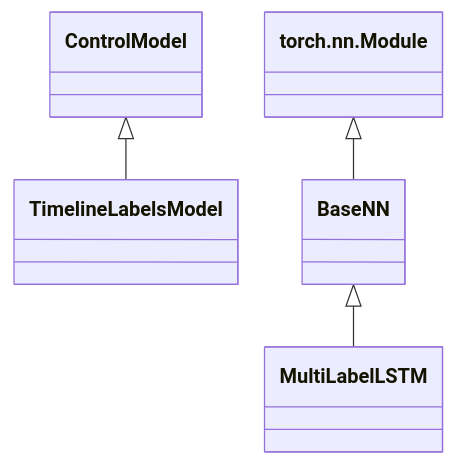
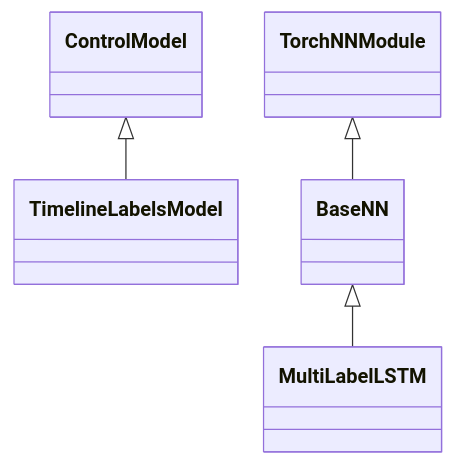
One commit to HumanSignal/label-studio-ml-backend changed the first of 3 diagrams in label_studio_ml/examples/yolo/README_TIMELINE_LABELS.md. Above: the diagram before and after it, drawn with Mermaid. The commit also changed other lines of this file, not shown here.

````diff
--- a/label_studio_ml/examples/yolo/README_TIMELINE_LABELS.md
+++ b/label_studio_ml/examples/yolo/README_TIMELINE_LABELS.md
@@ -264,6 +264,12 @@
 ```mermaid
 classDiagram
+    class ControlModel
+    class TimelineLabelsModel
+    class TorchNNModule
+    class BaseNN
+    class MultiLabelLSTM
+
     ControlModel <|-- TimelineLabelsModel
-    torch.nn.Module <|-- BaseNN
+    TorchNNModule <|-- BaseNN
     BaseNN <|-- MultiLabelLSTM
 ```
````
